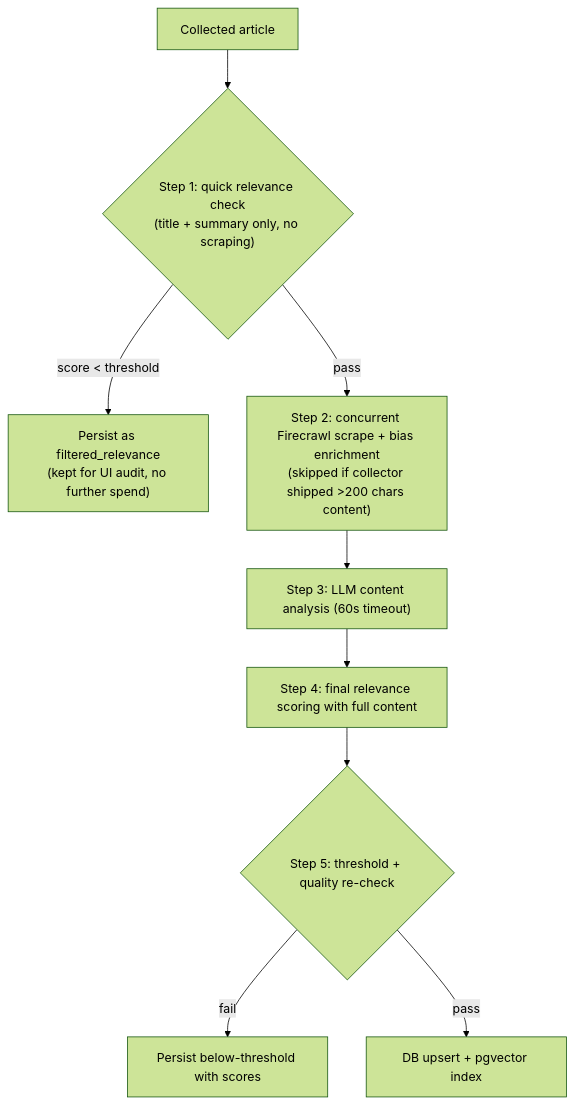
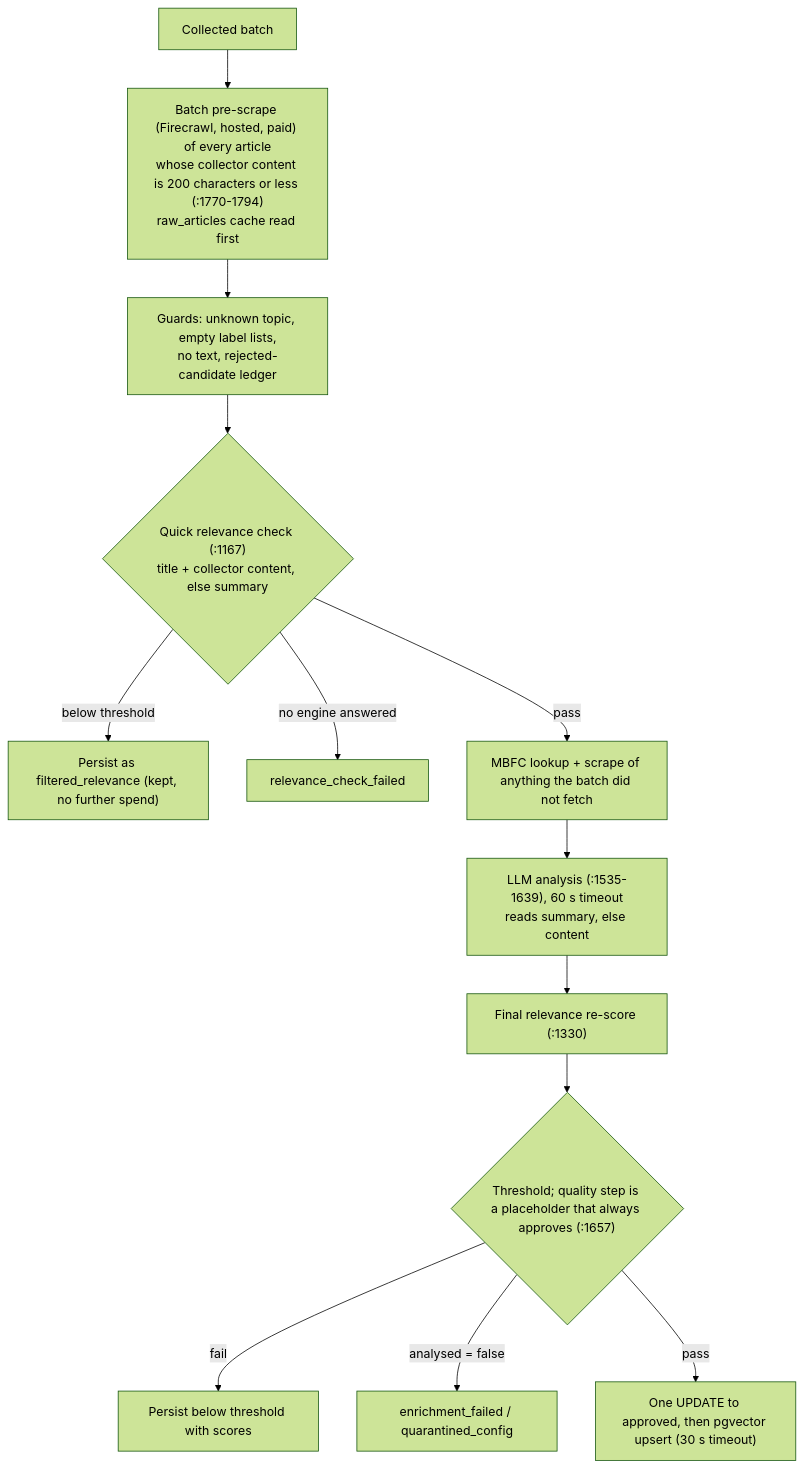
Before and after one commit to AuNooAI/AunooAI: the third of 23 diagrams in docs/AI_DESIGN_PATTERNS.md, drawn with Mermaid (forest theme). The commit also changed other lines of this file and 8 other files, not shown here.

````diff
--- a/docs/AI_DESIGN_PATTERNS.md
+++ b/docs/AI_DESIGN_PATTERNS.md
@@ -179,11 +182,15 @@
 ```mermaid
 flowchart TB
-    A[Collected article] --> Q{"Step 1: quick relevance check<br/>(title + summary only, no scraping)"}
-    Q -- "score < threshold" --> F["Persist as filtered_relevance<br/>(kept for UI audit, no further spend)"]
-    Q -- pass --> S["Step 2: concurrent Firecrawl scrape + bias enrichment<br/>(skipped if collector shipped >200 chars content)"]
-    S --> L["Step 3: LLM content analysis (60s timeout)"]
-    L --> R["Step 4: final relevance scoring with full content"]
-    R --> T{"Step 5: threshold + quality re-check"}
-    T -- fail --> F2[Persist below-threshold with scores]
-    T -- pass --> U[DB upsert + pgvector index]
+    A[Collected batch] --> P["Batch pre-scrape (Firecrawl, hosted, paid) of every article<br/>whose collector content is 200 characters or less (:1770-1794)<br/>raw_articles cache read first"]
+    P --> G["Guards: unknown topic, empty label lists,<br/>no text, rejected-candidate ledger"]
+    G --> Q{"Quick relevance check (:1167)<br/>title + collector content, else summary"}
+    Q -- "below threshold" --> F["Persist as filtered_relevance (kept, no further spend)"]
+    Q -- "no engine answered" --> RF["relevance_check_failed"]
+    Q -- pass --> B["MBFC lookup + scrape of anything the batch did not fetch"]
+    B --> L["LLM analysis (:1535-1639), 60 s timeout<br/>reads summary, else content"]
+    L --> R["Final relevance re-score (:1330)"]
+    R --> T{"Threshold; quality step is a placeholder that always approves (:1657)"}
+    T -- fail --> F2["Persist below threshold with scores"]
+    T -- "analysed = false" --> EF["enrichment_failed / quarantined_config"]
+    T -- pass --> U["One UPDATE to approved, then pgvector upsert (30 s timeout)"]
 ```
````
